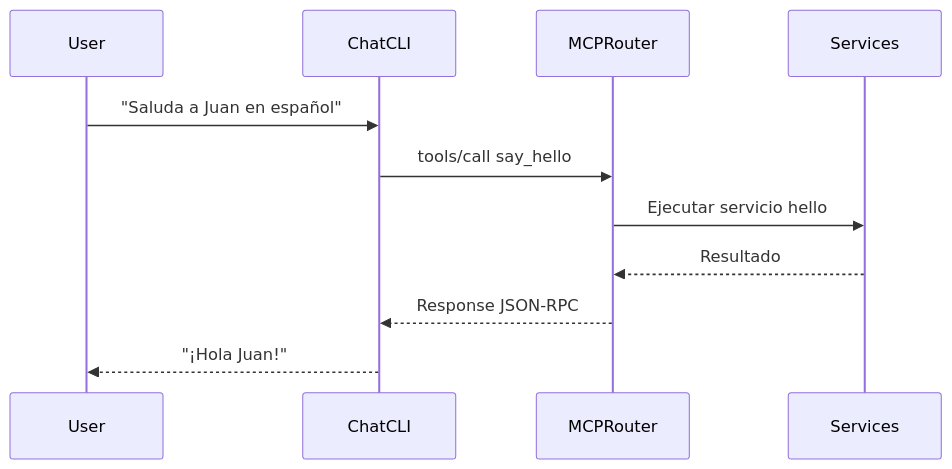
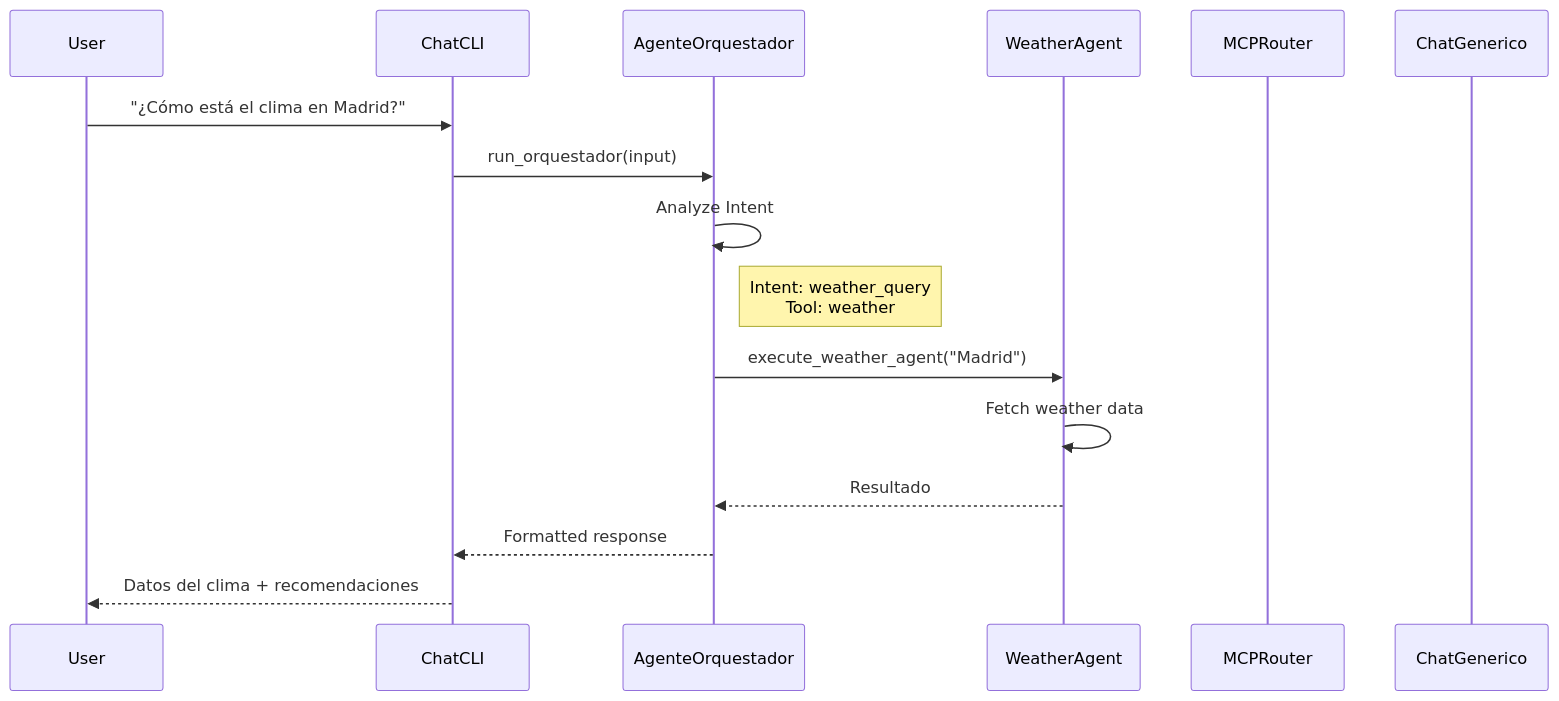
Before and after one commit to rafex/chat-example: the second of 2 diagrams in docs/mcp-architecture.md, drawn with Mermaid. The commit also changed other lines of this file and 2 other files, not shown here.

First line of the commit message:
docs: actualizar documentación con agente orquestador

````diff
--- a/docs/mcp-architecture.md
+++ b/docs/mcp-architecture.md
@@ -69,14 +113,21 @@
 ```mermaid
 sequenceDiagram
     participant User
     participant ChatCLI
+    participant AgenteOrquestador
+    participant WeatherAgent
     participant MCPRouter
-    participant Services
+    participant ChatGenerico
     
-    User->>ChatCLI: "Saluda a Juan en español"
-    ChatCLI->>MCPRouter: tools/call say_hello
-    MCPRouter->>Services: Ejecutar servicio hello
-    Services-->>MCPRouter: Resultado
-    MCPRouter-->>ChatCLI: Response JSON-RPC
-    ChatCLI-->>User: "¡Hola Juan!"
+    User->>ChatCLI: "¿Cómo está el clima en Madrid?"
+    ChatCLI->>AgenteOrquestador: run_orquestador(input)
+    AgenteOrquestador->>AgenteOrquestador: Analyze Intent
+    Note right of AgenteOrquestador: Intent: weather_query<br/>Tool: weather
+    
+    AgenteOrquestador->>WeatherAgent: execute_weather_agent("Madrid")
+    WeatherAgent->>WeatherAgent: Fetch weather data
+    WeatherAgent-->>AgenteOrquestador: Resultado
+    
+    AgenteOrquestador-->>ChatCLI: Formatted response
+    ChatCLI-->>User: Datos del clima + recomendaciones
 ```
````
